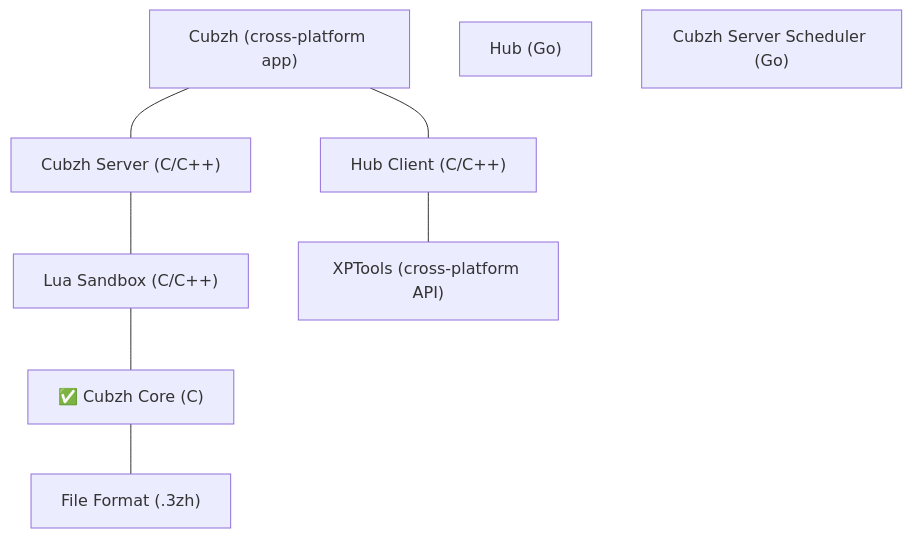
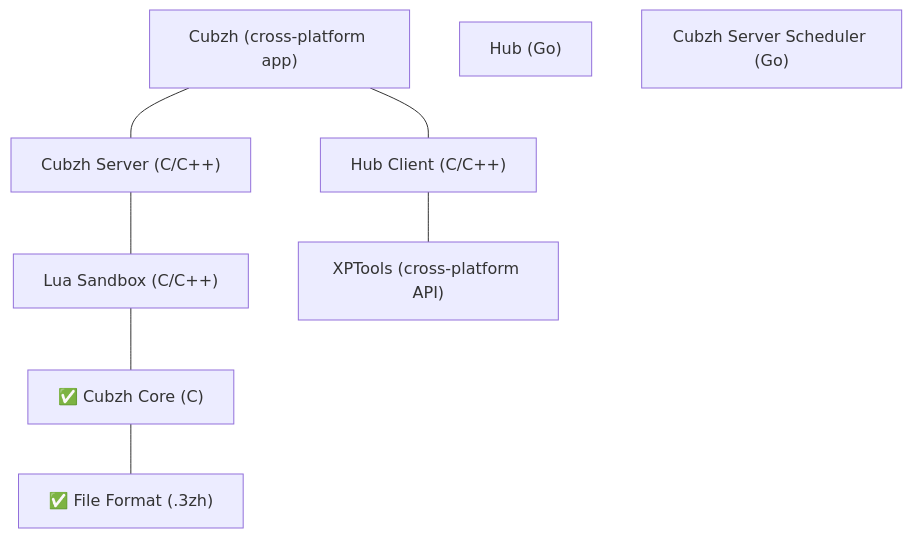
The diagram in README.md (cubzh/cubzh), drawn with Mermaid before and after one commit. The commit also changed other lines of this file, not shown here.

First line of the commit message:
Update README - file format now documented

````diff
--- a/README.md
+++ b/README.md
@@ -25,19 +25,19 @@
 ```mermaid
 graph TD
     Cubzh["Cubzh (cross-platform app)"]
     Core["✅ Cubzh Core (C)"]
     CubzhServer["Cubzh Server (C/C++)"]
     LuaSandbox["Lua Sandbox (C/C++)"]
-    FileFormat["File Format (.3zh)"]
+    FileFormat["✅ File Format (.3zh)"]
     HubClient["Hub Client (C/C++)"]
     XPTools["XPTools (cross-platform API)"]
     Hub["Hub (Go)"]
     CubzhServerScheduler["Cubzh Server Scheduler (Go)"]
         
     Core---FileFormat
     CubzhServer---LuaSandbox
     LuaSandbox---Core
     Cubzh---CubzhServer
     Cubzh---HubClient
     HubClient---XPTools
 ```
````
